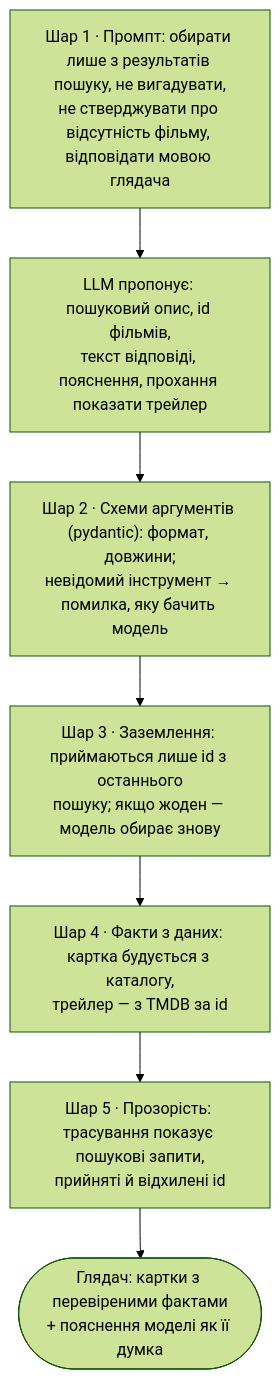
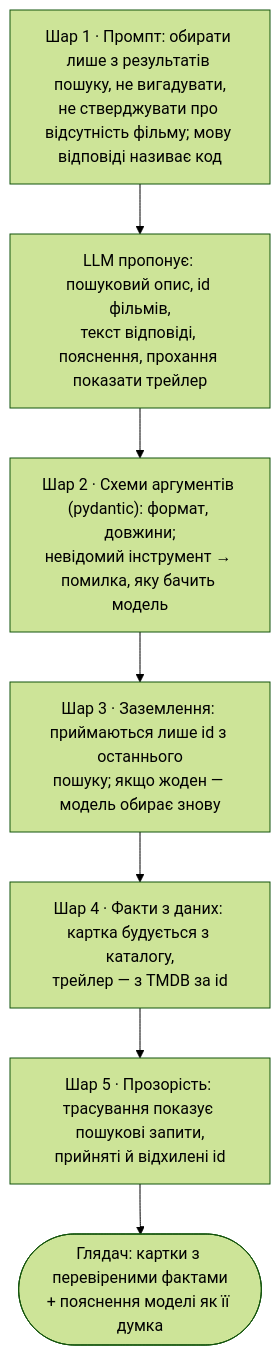
Before and after one commit to woldemarg/movie_rs: the diagram in docs/08-hallucinations.md, drawn with Mermaid (forest theme). The commit also changed other lines of this file and 15 other files, not shown here.

````diff
--- a/docs/08-hallucinations.md
+++ b/docs/08-hallucinations.md
@@ -30,12 +30,12 @@
 ```mermaid
 flowchart TB
-    prompt["Шар 1 · Промпт: обирати лише з результатів пошуку, не вигадувати,<br/>не стверджувати про відсутність фільму, відповідати мовою глядача"]
+    prompt["Шар 1 · Промпт: обирати лише з результатів пошуку, не вигадувати,<br/>не стверджувати про відсутність фільму; мову відповіді називає код"]
     llm["LLM пропонує: пошуковий опис, id фільмів,<br/>текст відповіді, пояснення, прохання показати трейлер"]
     schema["Шар 2 · Схеми аргументів (pydantic): формат, довжини;<br/>невідомий інструмент → помилка, яку бачить модель"]
     ground["Шар 3 · Заземлення: приймаються лише id з останнього<br/>пошуку; якщо жоден — модель обирає знову"]
     facts["Шар 4 · Факти з даних: картка будується з каталогу,<br/>трейлер — з TMDB за id"]
     trace["Шар 5 · Прозорість: трасування показує пошукові запити,<br/>прийняті й відхилені id"]
     out(["Глядач: картки з перевіреними фактами<br/>+ пояснення моделі як її думка"])
 
     prompt --> llm --> schema --> ground --> facts --> trace --> out
 ```
````
